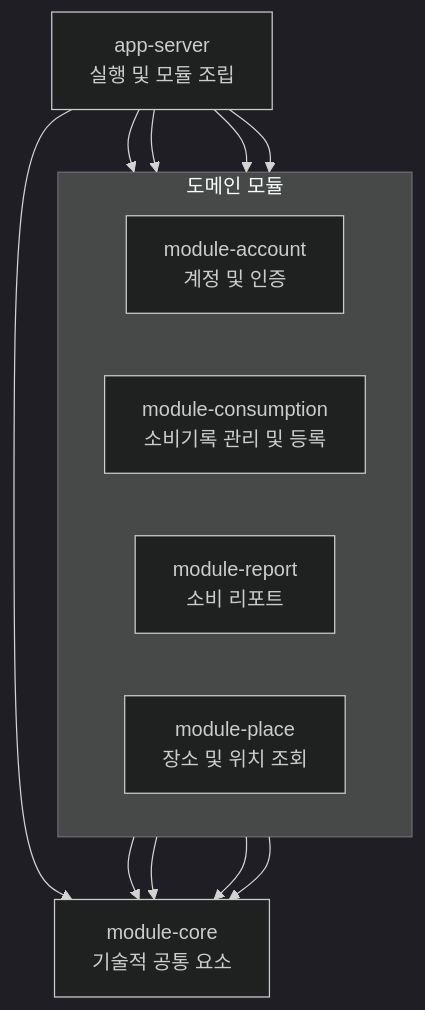
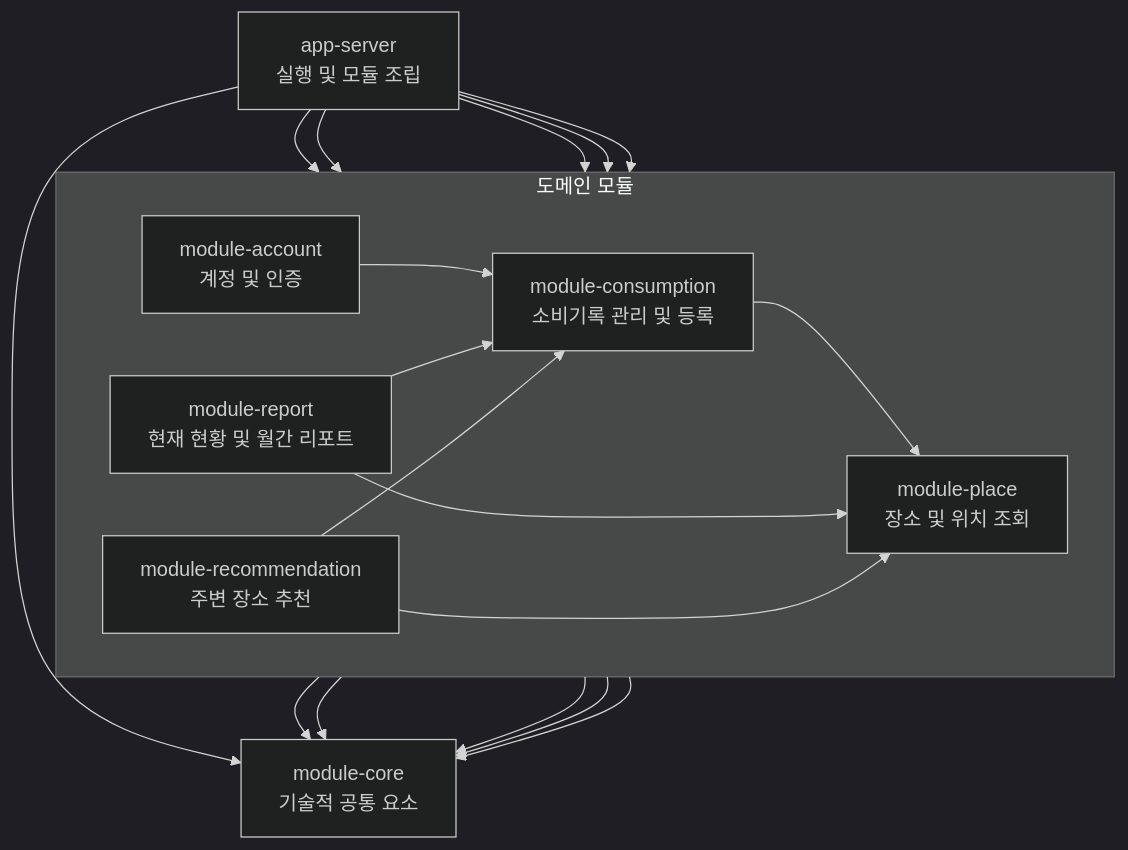
Before and after one commit to dnd-side-project/dnd-15th-5-backend: the third of 4 diagrams in docs/architecture.md, drawn with Mermaid (dark theme). The commit also changed other lines of this file, not shown here.

````diff
--- a/docs/architecture.md
+++ b/docs/architecture.md
@@ -157,25 +195,34 @@
 ```mermaid
 flowchart TB
     App["app-server<br/>실행 및 모듈 조립"]
 
     subgraph DomainModules["도메인 모듈"]
         direction LR
         Account["module-account<br/>계정 및 인증"]
         Consumption["module-consumption<br/>소비기록 관리 및 등록"]
-        Report["module-report<br/>소비 리포트"]
+        Report["module-report<br/>현재 현황 및 월간 리포트"]
         Place["module-place<br/>장소 및 위치 조회"]
+        Recommendation["module-recommendation<br/>주변 장소 추천"]
     end
 
     Core["module-core<br/>기술적 공통 요소"]
 
     App --> Account
     App --> Consumption
     App --> Report
     App --> Place
+    App --> Recommendation
     App --> Core
 
+    Account --> Consumption
     Account --> Core
+    Consumption --> Place
     Consumption --> Core
+    Report --> Consumption
+    Report --> Place
     Report --> Core
     Place --> Core
+    Recommendation --> Consumption
+    Recommendation --> Place
+    Recommendation --> Core
 ```
````
